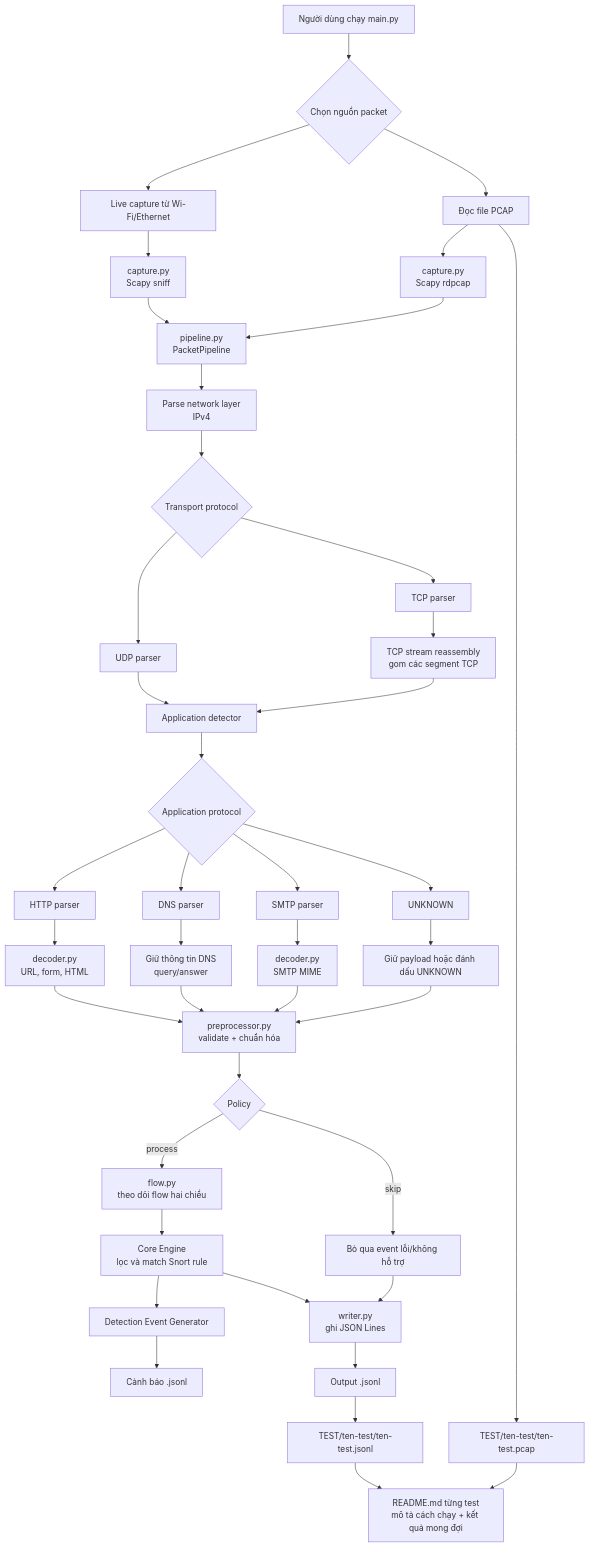
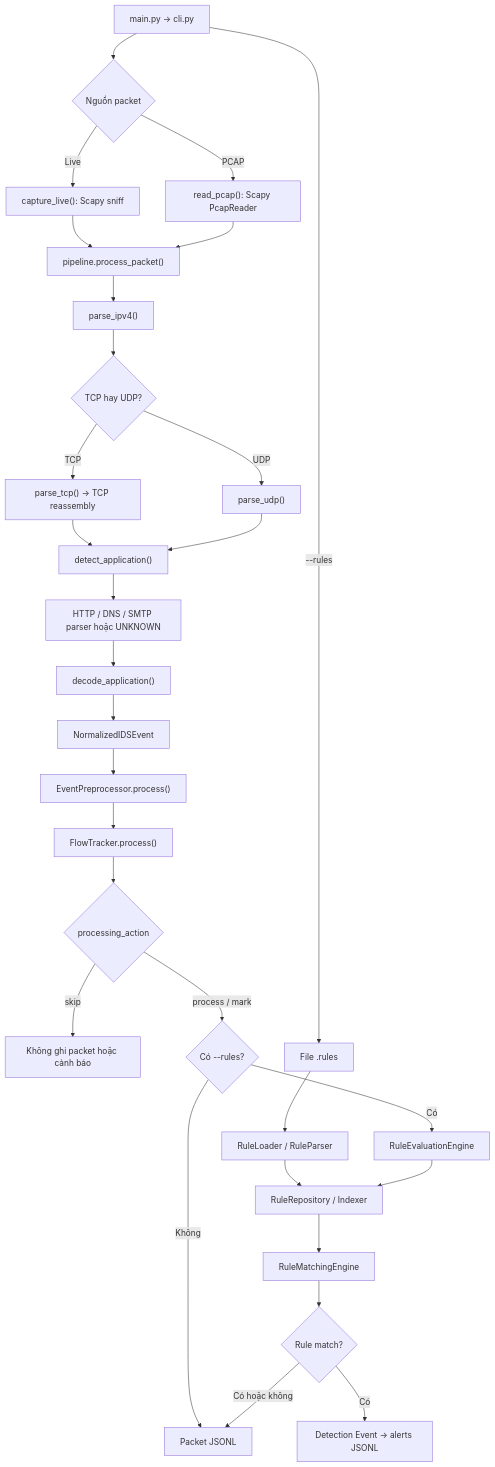
One commit to ComGa999ms/NT204.R11.ANTN_NguyenDangKhoa_24520825 changed the diagram in README.md. Above: the diagram before and after it, drawn with Mermaid. The commit also changed other lines of this file, not shown here.

Commit message:
Update final IDS pipeline diagram and demo paths

````diff
--- a/README.md
+++ b/README.md
@@ -35,50 +39,32 @@
 ```mermaid
 flowchart TD
-    A["Người dùng chạy main.py"] --> B{"Chọn nguồn packet"}
-    B --> C["Live capture từ Wi-Fi/Ethernet"]
-    B --> D["Đọc file PCAP"]
-    C --> E["capture.py<br/>Scapy sniff"]
-    D --> F["capture.py<br/>Scapy rdpcap"]
-    E --> G["pipeline.py<br/>PacketPipeline"]
-    F --> G
-
-    G --> H["Parse network layer<br/>IPv4"]
-    H --> I{"Transport protocol"}
-    I --> J["TCP parser"]
-    I --> K["UDP parser"]
-
-    J --> L["TCP stream reassembly<br/>gom các segment TCP"]
-    K --> M["Application detector"]
-    L --> M
-
-    M --> N{"Application protocol"}
-    N --> O["HTTP parser"]
-    N --> P["DNS parser"]
-    N --> Q["SMTP parser"]
-    N --> R["UNKNOWN"]
-
-    O --> S["decoder.py<br/>URL, form, HTML"]
-    P --> T["Giữ thông tin DNS<br/>query/answer"]
-    Q --> U["decoder.py<br/>SMTP MIME"]
-    R --> V["Giữ payload hoặc đánh dấu UNKNOWN"]
-
-    S --> W["preprocessor.py<br/>validate + chuẩn hóa"]
+    A["main.py -> cli.py"] --> B{"Nguồn packet"}
+    B -->|Live| C["capture_live(): Scapy sniff"]
+    B -->|PCAP| D["read_pcap(): Scapy PcapReader"]
+    C --> E["pipeline.process_packet()"]
+    D --> E
+    E --> F["parse_ipv4()"]
+    F --> G{"TCP hay UDP?"}
+    G -->|TCP| H["parse_tcp() -> TCP reassembly"]
+    G -->|UDP| I["parse_udp()"]
+    H --> J["detect_application()"]
+    I --> J
+    J --> K["HTTP / DNS / SMTP parser hoặc UNKNOWN"]
+    K --> L["decode_application()"]
+    L --> M["NormalizedIDSEvent"]
+    M --> N["EventPreprocessor.process()"]
+    N --> Q["FlowTracker.process()"]
+    Q --> O{"processing_action"}
+    O -->|skip| P["Không ghi packet hoặc cảnh báo"]
+    O -->|process / mark| R{"Có --rules?"}
+    R -->|Không| S["Packet JSONL"]
+    R -->|Có| T["RuleEvaluationEngine"]
+    A -->|--rules| U["File .rules"]
+    U --> V["RuleLoader / RuleParser"]
+    V --> W["RuleRepository / Indexer"]
     T --> W
-    U --> W
-    V --> W
-
-    W --> X{"Policy"}
-    X -->|process| Y["flow.py<br/>theo dõi flow hai chiều"]
-    X -->|skip| Z["Bỏ qua event lỗi/không hỗ trợ"]
-    Y --> RULE["Core Engine<br/>lọc và match Snort rule"]
-    RULE --> DET["Detection Event Generator"]
-    DET --> ALERT["Cảnh báo .jsonl"]
-    RULE --> AA["writer.py<br/>ghi JSON Lines"]
-    Z --> AA
-    AA --> AB["Output .jsonl"]
-
-    AB --> AC["TEST/ten-test/ten-test.jsonl"]
-    D --> AD["TEST/ten-test/ten-test.pcap"]
-    AC --> AE["README.md từng test<br/>mô tả cách chạy + kết quả mong đợi"]
-    AD --> AE
+    W --> X["RuleMatchingEngine"]
+    X --> Y{"Rule match?"}
+    Y -->|Có| Z["Detection Event -> alerts JSONL"]
+    Y -->|Có hoặc không| S
 ```
````
